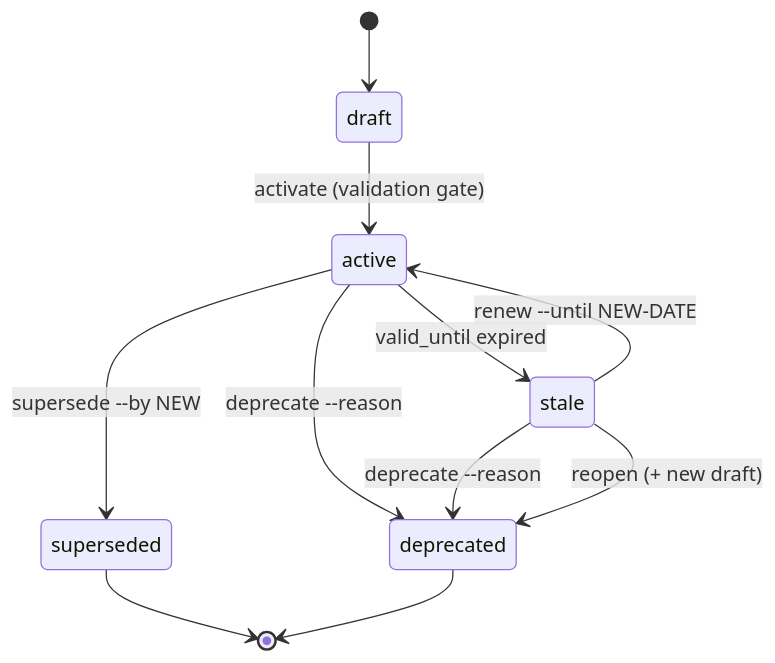
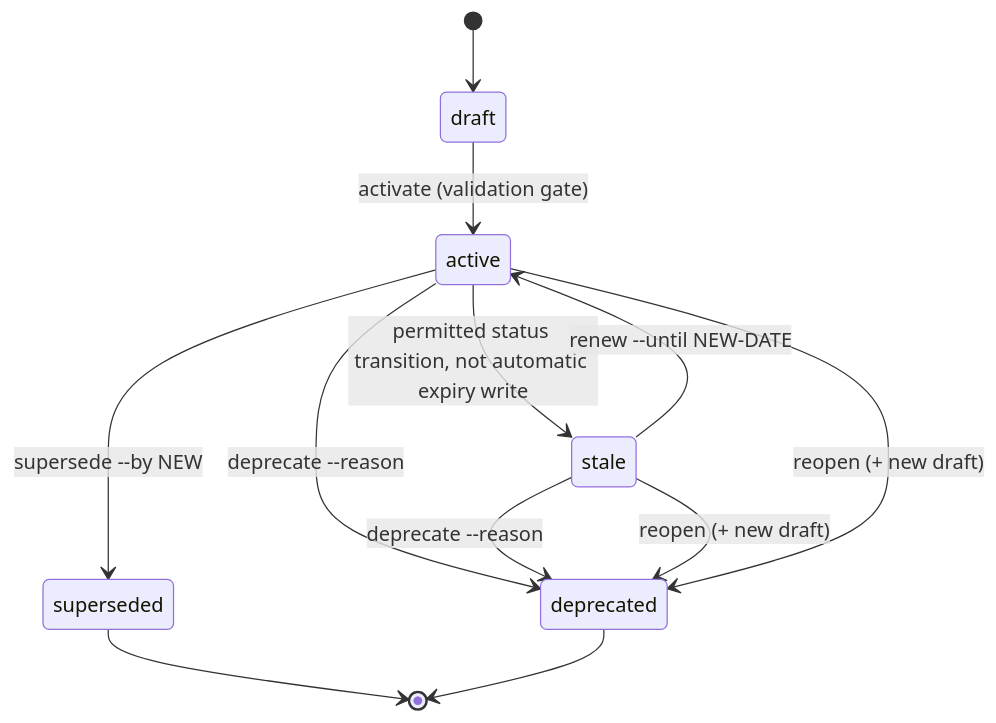
The diagram in website/src/content/docs/docs/guides/lifecycle-v2.md (ForgePlan/forgeplan), drawn with Mermaid before and after one commit. The commit also changed other lines of this file and 898 other files, not shown here.

````diff
--- a/website/src/content/docs/docs/guides/lifecycle-v2.md
+++ b/website/src/content/docs/docs/guides/lifecycle-v2.md
@@ -37,13 +37,14 @@
 ```mermaid
 stateDiagram-v2
     [*] --> draft
     draft --> active: activate (validation gate)
     active --> superseded: supersede --by NEW
     active --> deprecated: deprecate --reason
-    active --> stale: valid_until expired
+    active --> stale: permitted status transition, not automatic expiry write
     stale --> active: renew --until NEW-DATE
     stale --> deprecated: deprecate --reason
     stale --> deprecated: reopen (+ new draft)
+    active --> deprecated: reopen (+ new draft)
     superseded --> [*]
     deprecated --> [*]
 ```
````
